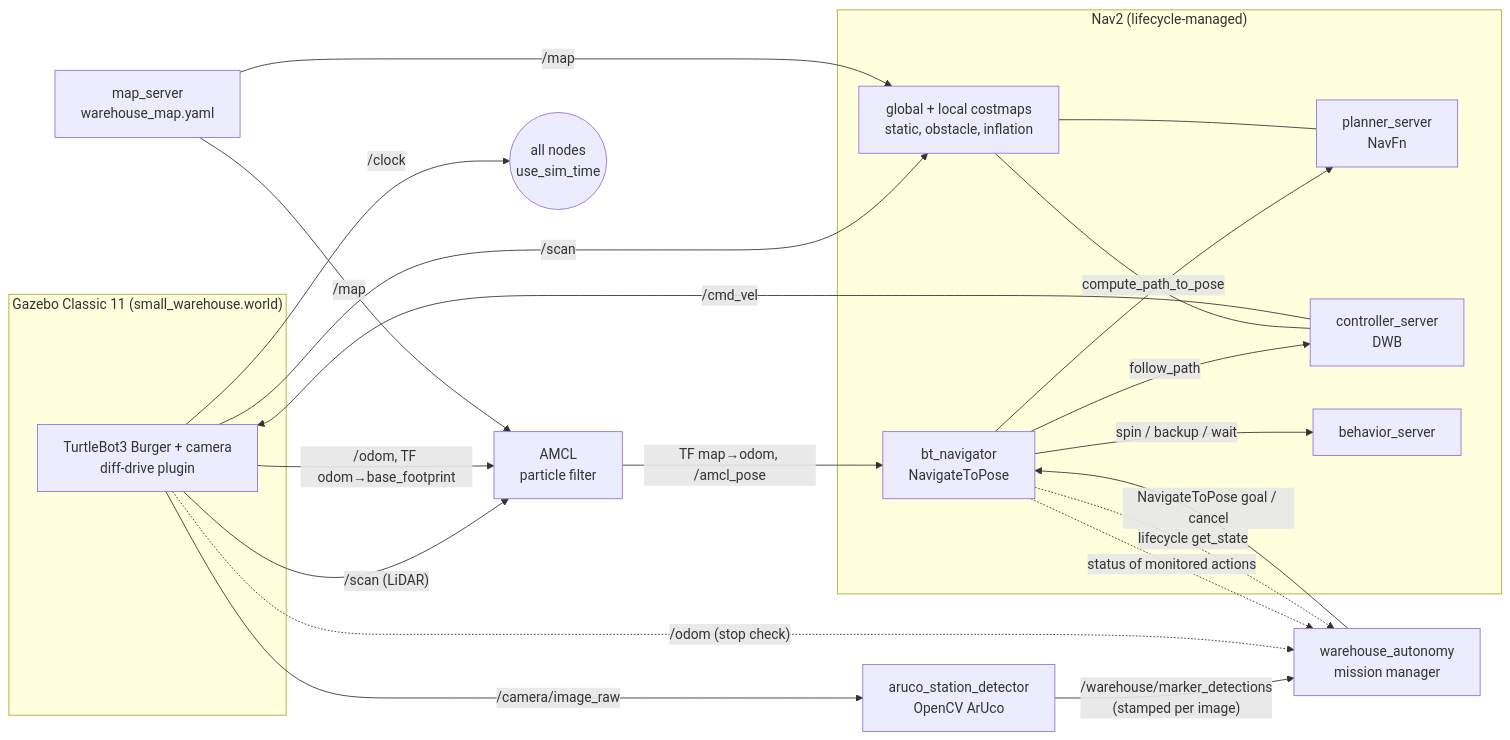
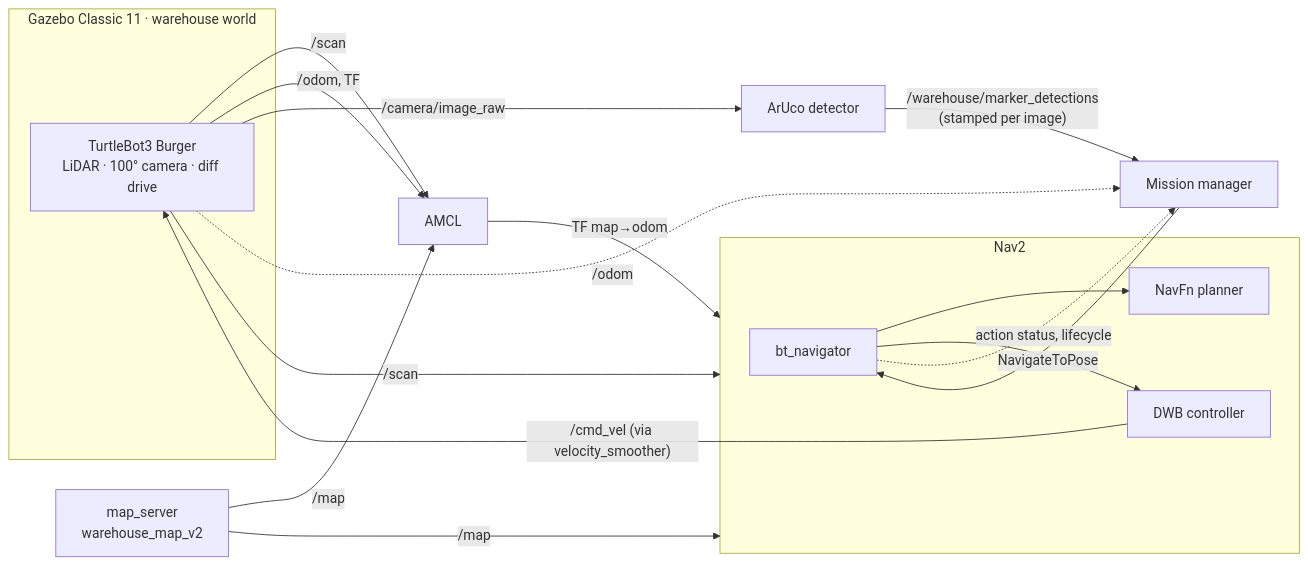
Before and after one commit to Sara-Esm/ros2-autonomous-warehouse-navigation: the diagram in README.md, drawn with Mermaid. The commit also changed other lines of this file and 104 other files, not shown here.

````diff
--- a/README.md
+++ b/README.md
@@ -171,32 +58,22 @@
 ```mermaid
 flowchart LR
-  subgraph SIM["Gazebo Classic 11 (small_warehouse.world)"]
-    TB3["TurtleBot3 Burger + camera<br/>diff-drive plugin"]
+  subgraph SIM["Gazebo Classic 11 · warehouse world"]
+    TB3["TurtleBot3 Burger<br/>LiDAR · 100° camera · diff drive"]
   end
-
-  TB3 -- "/scan (LiDAR)" --> AMCL
-  TB3 -- "/scan" --> COSTMAPS
-  TB3 -- "/odom, TF odom→base_footprint" --> AMCL
-  TB3 -- "/camera/image_raw" --> DET
-  TB3 -- "/clock" --> ALL(("all nodes<br/>use_sim_time"))
-
-  MAP["map_server<br/>warehouse_map.yaml"] -- "/map" --> AMCL
-  MAP -- "/map" --> COSTMAPS
-  AMCL["AMCL<br/>particle filter"] -- "TF map→odom, /amcl_pose" --> BT
-
-  subgraph NAV2["Nav2 (lifecycle-managed)"]
-    BT["bt_navigator<br/>NavigateToPose"] -- compute_path_to_pose --> PLAN["planner_server<br/>NavFn"]
-    BT -- follow_path --> CTRL["controller_server<br/>DWB"]
-    BT -- "spin / backup / wait" --> BEH["behavior_server"]
-    COSTMAPS["global + local costmaps<br/>static, obstacle, inflation"] --- PLAN
-    COSTMAPS --- CTRL
+  TB3 -- "/scan" --> AMCL["AMCL"]
+  TB3 -- "/scan" --> NAV2
+  TB3 -- "/odom, TF" --> AMCL
+  MAP["map_server<br/>warehouse_map_v2"] -- "/map" --> AMCL
+  MAP -- "/map" --> NAV2
+  AMCL -- "TF map→odom" --> NAV2
+  subgraph NAV2["Nav2"]
+    BT["bt_navigator"] --> PL["NavFn planner"]
+    BT --> CT["DWB controller"]
   end
-
-  CTRL -- "/cmd_vel" --> TB3
-  DET["aruco_station_detector<br/>OpenCV ArUco"] -- "/warehouse/marker_detections<br/>(stamped per image)" --> MM
-
-  MM["warehouse_autonomy<br/>mission manager"] -- "NavigateToPose goal / cancel" --> BT
-  BT -. "status of monitored actions" .-> MM
-  BT -. "lifecycle get_state" .-> MM
-  TB3 -. "/odom (stop check)" .-> MM
+  CT -- "/cmd_vel (via velocity_smoother)" --> TB3
+  TB3 -- "/camera/image_raw" --> DET["ArUco detector"]
+  DET -- "/warehouse/marker_detections<br/>(stamped per image)" --> MM["Mission manager"]
+  MM -- "NavigateToPose" --> BT
+  BT -. "action status, lifecycle" .-> MM
+  TB3 -. "/odom" .-> MM
 ```
````
